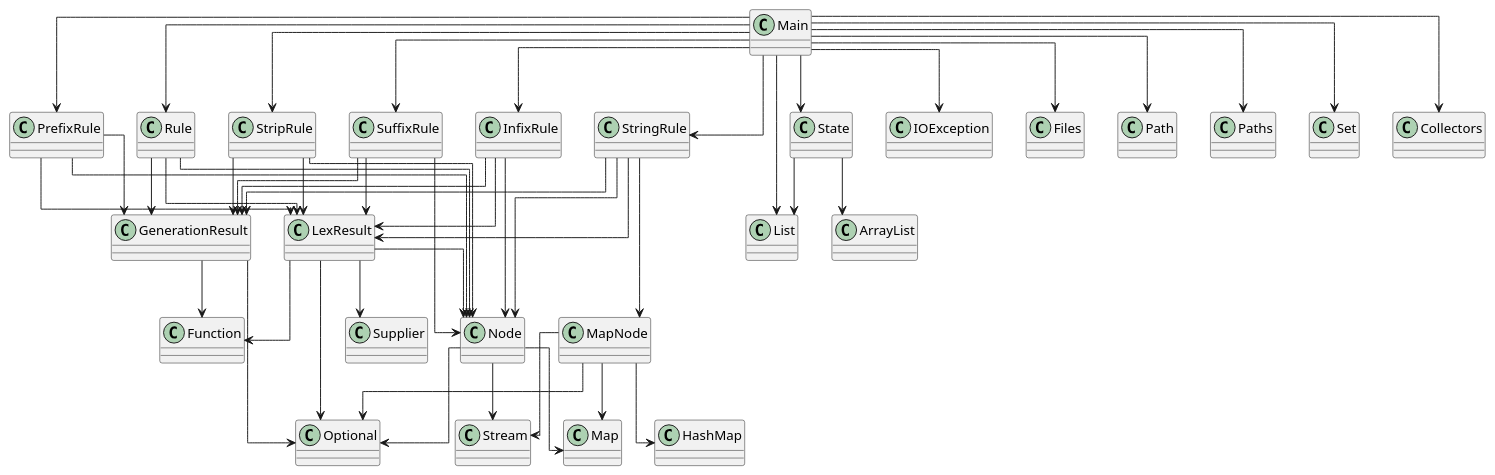
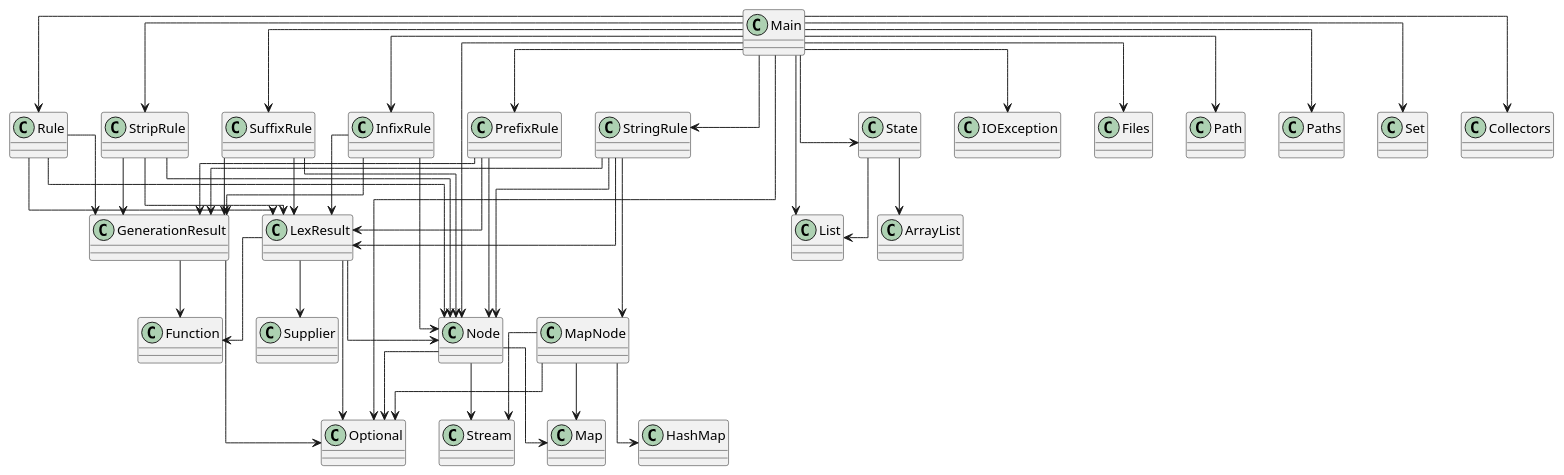
One commit to SirMathhman/Magma changed the diagram in diagram.puml. Above: the diagram before and after it, drawn with PlantUML. The commit also changed 1 other file, not shown here.

```diff
--- a/diagram.puml
+++ b/diagram.puml
@@ -1,63 +1,65 @@
 @startuml
 skinparam linetype ortho
 class SuffixRule
 SuffixRule --> Node
 SuffixRule --> GenerationResult
 SuffixRule --> LexResult
 class Node
 Node --> Map
 Node --> Optional
 Node --> Stream
 class GenerationResult
 GenerationResult --> Optional
 GenerationResult --> Function
 class Rule
 Rule --> Node
 Rule --> GenerationResult
 Rule --> LexResult
 class StripRule
 StripRule --> Node
 StripRule --> GenerationResult
 StripRule --> LexResult
 class LexResult
 LexResult --> Node
 LexResult --> Optional
 LexResult --> Function
 LexResult --> Supplier
 class InfixRule
 InfixRule --> Node
 InfixRule --> GenerationResult
 InfixRule --> LexResult
 class Main
 Main --> State
+Main --> Node
 Main --> InfixRule
 Main --> PrefixRule
 Main --> Rule
 Main --> StringRule
 Main --> StripRule
 Main --> SuffixRule
 Main --> IOException
 Main --> Files
 Main --> Path
 Main --> Paths
 Main --> List
+Main --> Optional
 Main --> Set
 Main --> Collectors
 class MapNode
 MapNode --> HashMap
 MapNode --> Map
 MapNode --> Optional
 MapNode --> Stream
 class PrefixRule
 PrefixRule --> Node
 PrefixRule --> GenerationResult
 PrefixRule --> LexResult
 class StringRule
 StringRule --> MapNode
 StringRule --> Node
 StringRule --> GenerationResult
 StringRule --> LexResult
 class State
 State --> ArrayList
 State --> List
 @enduml
```
